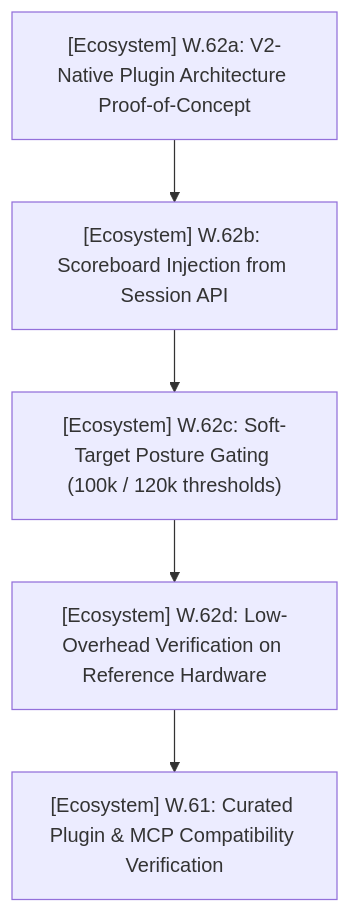
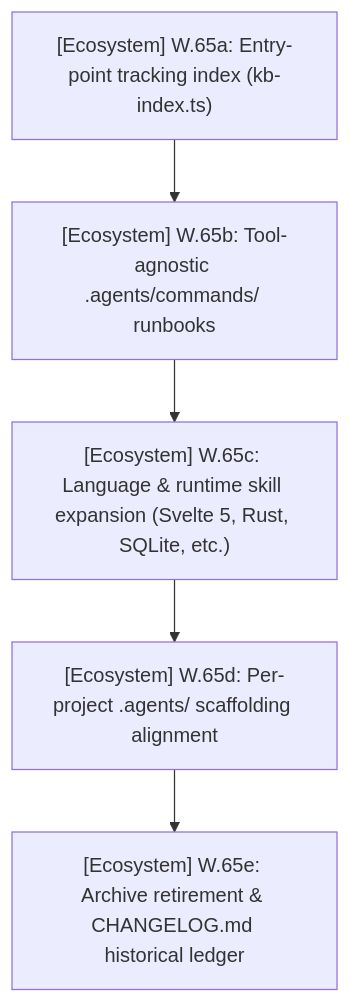
One commit to HELIX-Origin/agents changed the first of 2 diagrams in PLAN.md. Above: the diagram before and after it, drawn with Mermaid. The commit also changed other lines of this file and 78 other files, not shown here.

Commit message:
feat(ecosystem): implement Workstream W.65 with tool-agnostic commands, per-project scaffolding, and living ledgers

````diff
--- a/PLAN.md
+++ b/PLAN.md
@@ -26,7 +41,7 @@
 ```mermaid
 flowchart TD
-    S35_1["[Ecosystem] W.62a: V2-Native Plugin Architecture Proof-of-Concept"] --> S35_2["[Ecosystem] W.62b: Scoreboard Injection from Session API"]
-    S35_2 --> S35_3["[Ecosystem] W.62c: Soft-Target Posture Gating (100k / 120k thresholds)"]
-    S35_3 --> S35_4["[Ecosystem] W.62d: Low-Overhead Verification on Reference Hardware"]
-    S35_4 --> S35_5["[Ecosystem] W.61: Curated Plugin & MCP Compatibility Verification"]
+    S35_1["[Ecosystem] W.65a: Entry-point tracking index (kb-index.ts)"] --> S35_2["[Ecosystem] W.65b: Tool-agnostic .agents/commands/ runbooks"]
+    S35_2 --> S35_3["[Ecosystem] W.65c: Language & runtime skill expansion (Svelte 5, Rust, SQLite, etc.)"]
+    S35_3 --> S35_4["[Ecosystem] W.65d: Per-project .agents/ scaffolding alignment"]
+    S35_4 --> S35_5["[Ecosystem] W.65e: Archive retirement & CHANGELOG.md historical ledger"]
 ```
````
